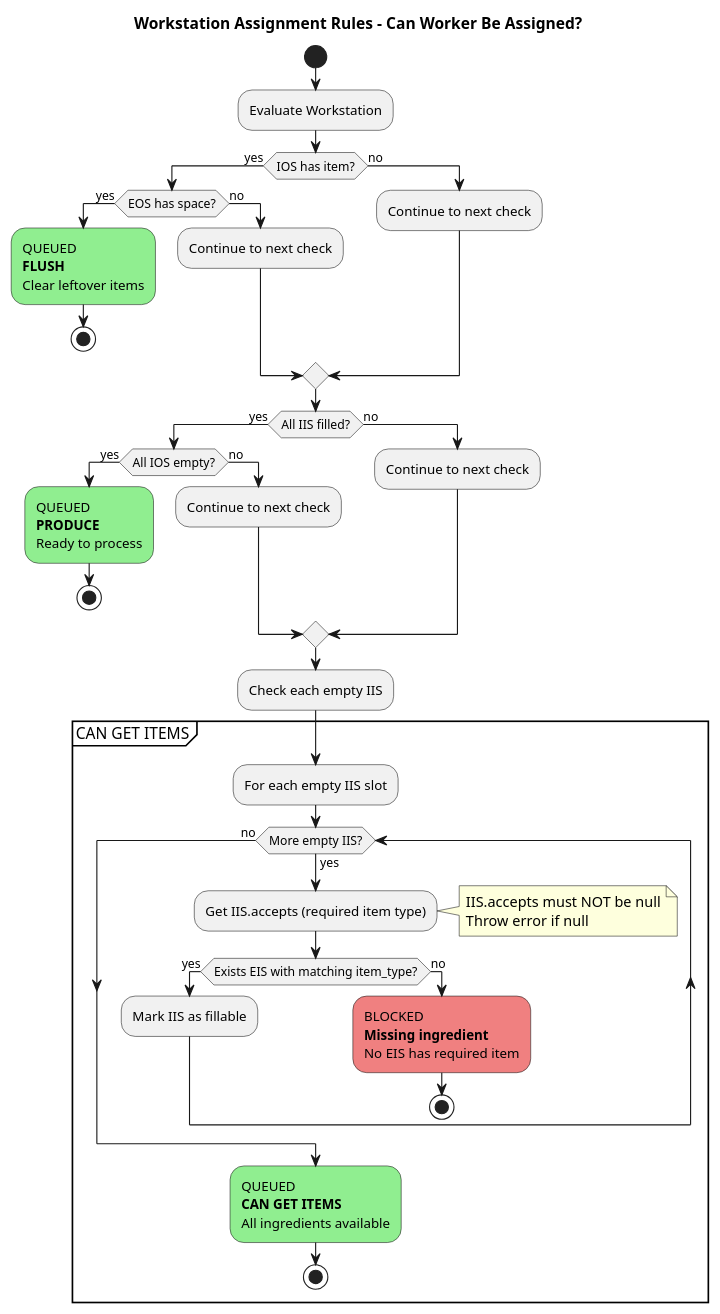
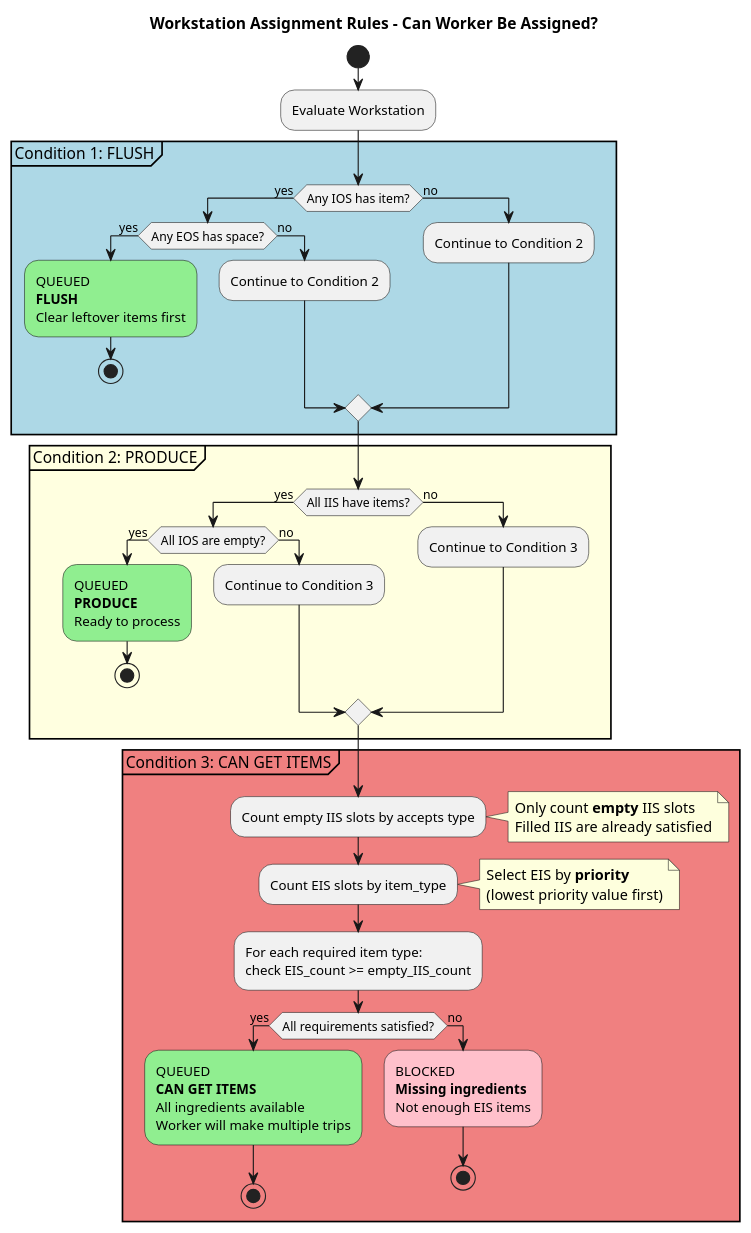
The diagram in docs/workstation-assignment.puml (labelle-toolkit/labelle-tasks), drawn with PlantUML before and after one commit. The commit also changed 2 other files, not shown here.

```diff
--- a/docs/workstation-assignment.puml
+++ b/docs/workstation-assignment.puml
@@ -1,59 +1,68 @@
 @startuml workstation-assignment
 title Workstation Assignment Rules - Can Worker Be Assigned?
 
 start
 
 :Evaluate Workstation;
 
-if (IOS has item?) then (yes)
-  if (EOS has space?) then (yes)
+partition "Condition 1: FLUSH" #LightBlue {
+  if (Any IOS has item?) then (yes)
+    if (Any EOS has space?) then (yes)
+      #LightGreen:QUEUED
+      **FLUSH**
+      Clear leftover items first;
+      stop
+    else (no)
+      :Continue to Condition 2;
+    endif
+  else (no)
+    :Continue to Condition 2;
+  endif
+}
+
+partition "Condition 2: PRODUCE" #LightYellow {
+  if (All IIS have items?) then (yes)
+    if (All IOS are empty?) then (yes)
+      #LightGreen:QUEUED
+      **PRODUCE**
+      Ready to process;
+      stop
+    else (no)
+      :Continue to Condition 3;
+    endif
+  else (no)
+    :Continue to Condition 3;
+  endif
+}
+
+partition "Condition 3: CAN GET ITEMS" #LightCoral {
+  :Count empty IIS slots by accepts type;
+  note right
+    Only count **empty** IIS slots
+    Filled IIS are already satisfied
+  end note
+
+  :Count EIS slots by item_type;
+  note right
+    Select EIS by **priority**
+    (lowest priority value first)
+  end note
+
+  :For each required item type:
+  check EIS_count >= empty_IIS_count;
+
+  if (All requirements satisfied?) then (yes)
     #LightGreen:QUEUED
-    **FLUSH**
-    Clear leftover items;
+    **CAN GET ITEMS**
+    All ingredients available
+    Worker will make multiple trips;
     stop
   else (no)
-    :Continue to next check;
+    #Pink:BLOCKED
+    **Missing ingredients**
+    Not enough EIS items;
+    stop
   endif
-else (no)
-  :Continue to next check;
-endif
-
-if (All IIS filled?) then (yes)
-  if (All IOS empty?) then (yes)
-    #LightGreen:QUEUED
-    **PRODUCE**
-    Ready to process;
-    stop
-  else (no)
-    :Continue to next check;
-  endif
-else (no)
-  :Continue to next check;
-endif
-
-:Check each empty IIS;
-
-partition "CAN GET ITEMS" {
-  :For each empty IIS slot;
-
-  while (More empty IIS?) is (yes)
-    :Get IIS.accepts (required item type);
-    note right: IIS.accepts must NOT be null\nThrow error if null
-
-    if (Exists EIS with matching item_type?) then (yes)
-      :Mark IIS as fillable;
-    else (no)
-      #LightCoral:BLOCKED
-      **Missing ingredient**
-      No EIS has required item;
-      stop
-    endif
-  endwhile (no)
-
-  #LightGreen:QUEUED
-  **CAN GET ITEMS**
-  All ingredients available;
-  stop
 }
 
 @enduml
```
